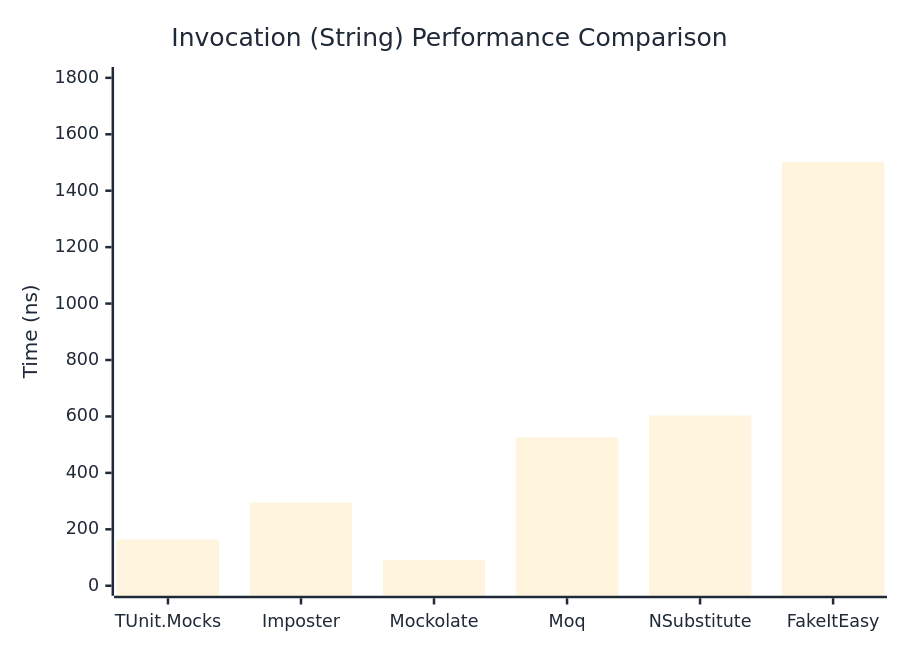
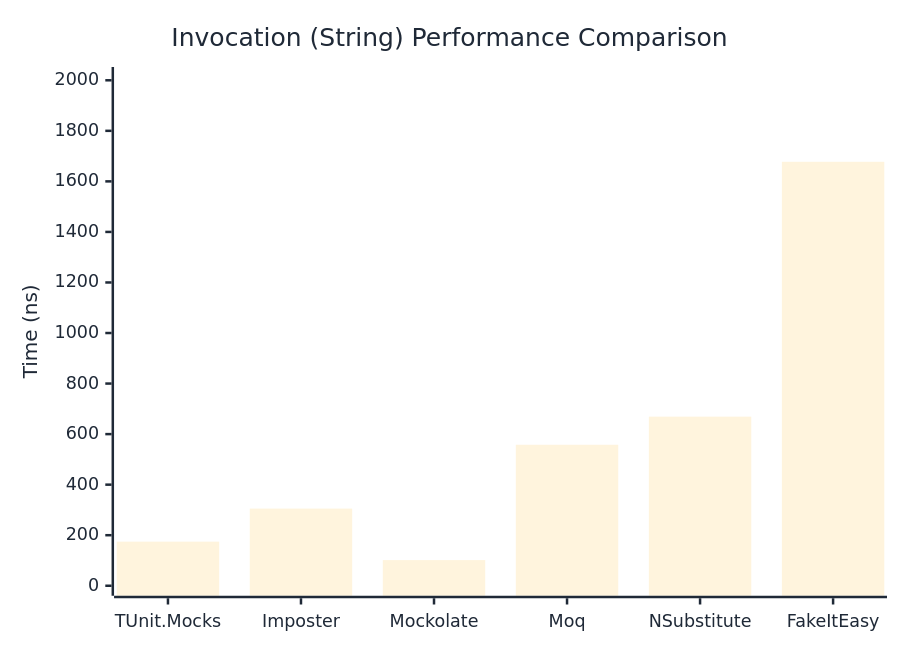
The second of 3 diagrams in docs/docs/benchmarks/mocks/Invocation.md (thomhurst/TUnit), drawn with Mermaid before and after one commit. The commit also changed other lines of this file and 14 other files, not shown here.

````diff
--- a/docs/docs/benchmarks/mocks/Invocation.md
+++ b/docs/docs/benchmarks/mocks/Invocation.md
@@ -71,27 +71,27 @@
 ```mermaid
 %%{init: {
   'theme':'base',
   'themeVariables': {
     'primaryColor': '#2563eb',
     'primaryTextColor': '#1f2937',
     'primaryBorderColor': '#1e40af',
     'lineColor': '#6b7280',
     'secondaryColor': '#7c3aed',
     'tertiaryColor': '#dc2626',
     'background': '#ffffff',
     'pie1': '#2563eb',
     'pie2': '#7c3aed',
     'pie3': '#dc2626',
     'pie4': '#f59e0b',
     'pie5': '#10b981',
     'pie6': '#06b6d4',
     'pie7': '#ec4899',
     'pie8': '#6366f1'
   }
 }}%%
 xychart-beta
   title "Invocation (String) Performance Comparison"
   x-axis ["TUnit.Mocks", "Imposter", "Mockolate", "Moq", "NSubstitute", "FakeItEasy"]
-  y-axis "Time (ns)" 0 --> 1803
-  bar [163.54, 294.6, 91.78, 525.73, 603.15, 1501.74]
+  y-axis "Time (ns)" 0 --> 2013
+  bar [174.5, 305.3, 101.5, 557.9, 669.1, 1677.5]
 ```
````
